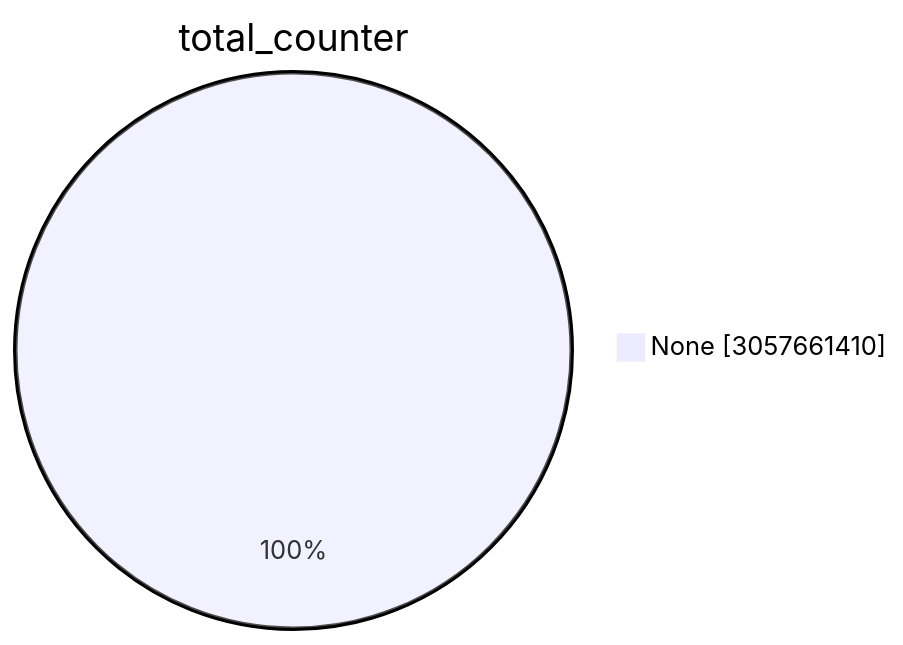
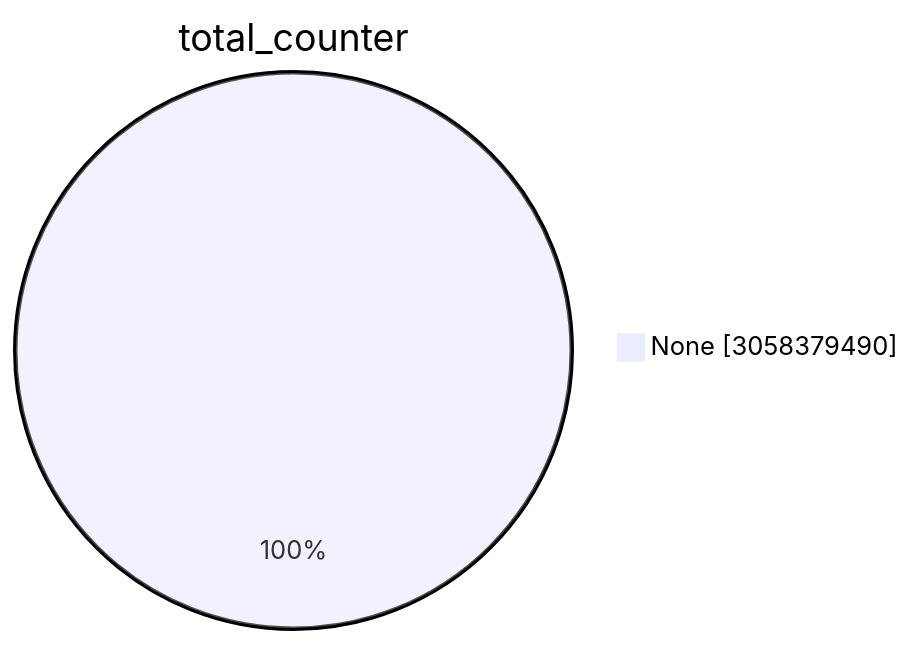
The first of 15 diagrams in TOTAL/README.md (christiankrug/ctmonitor_visualization), drawn with Mermaid before and after one commit. The commit also changed other lines of this file, not shown here.

````diff
--- a/TOTAL/README.md
+++ b/TOTAL/README.md
@@ -1,5 +1,5 @@
 ```mermaid
 pie showData
 title total_counter
-"None" :3057661410
+"None" :3058379490
 ```
````
